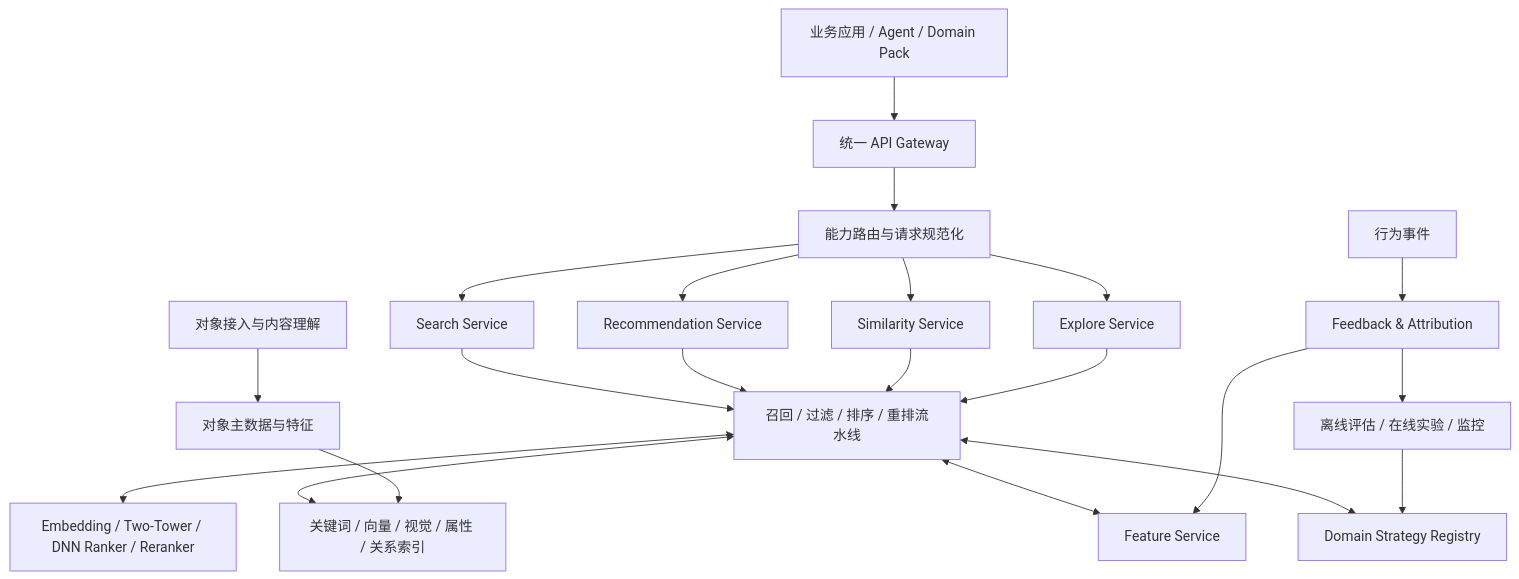
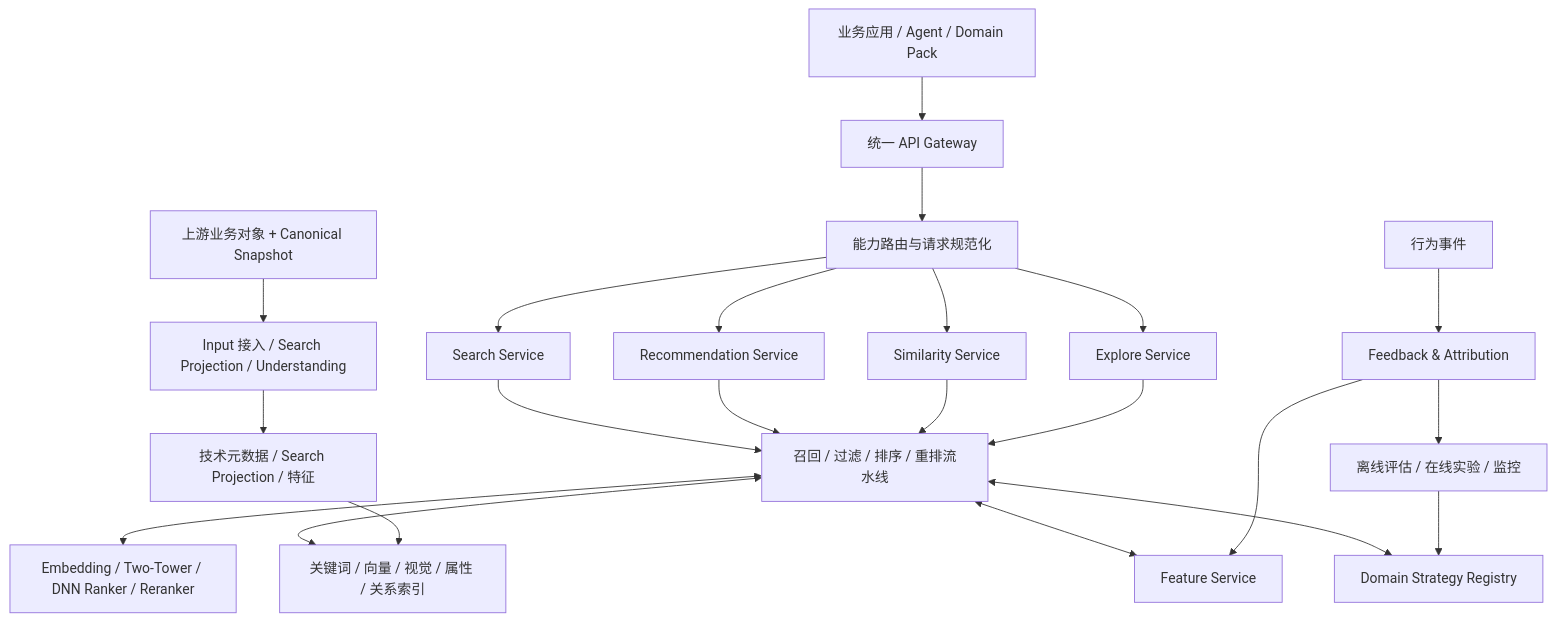
Before and after one commit to human-cosmos/search-rec-docs: the first of 3 diagrams in 01_URRE架构设计.md, drawn with Mermaid. The commit also changed other lines of this file and 6 other files, not shown here.

````diff
--- a/01_URRE架构设计.md
+++ b/01_URRE架构设计.md
@@ -43,23 +43,24 @@
 ```mermaid
 flowchart TB
   CLIENT[业务应用 / Agent / Domain Pack] --> API[统一 API Gateway]
   API --> ROUTER[能力路由与请求规范化]
   ROUTER --> SEARCH[Search Service]
   ROUTER --> REC[Recommendation Service]
   ROUTER --> SIM[Similarity Service]
   ROUTER --> EXP[Explore Service]
   SEARCH --> PIPE[召回 / 过滤 / 排序 / 重排流水线]
   REC --> PIPE
   SIM --> PIPE
   EXP --> PIPE
   PIPE <--> DOMAIN[Domain Strategy Registry]
   PIPE <--> FEATURE[Feature Service]
   PIPE <--> MODEL[Embedding / Two-Tower / DNN Ranker / Reranker]
   PIPE <--> INDEX[关键词 / 向量 / 视觉 / 属性 / 关系索引]
-  INGEST[对象接入与内容理解] --> DATA[对象主数据与特征]
+  UPSTREAM[上游业务对象 + Canonical Snapshot] --> INGEST[Input 接入 / Search Projection / Understanding]
+  INGEST --> DATA[技术元数据 / Search Projection / 特征]
   DATA --> INDEX
   EVENT[行为事件] --> FEEDBACK[Feedback & Attribution]
   FEEDBACK --> FEATURE
   FEEDBACK --> EVAL[离线评估 / 在线实验 / 监控]
   EVAL --> DOMAIN
 ```
````
